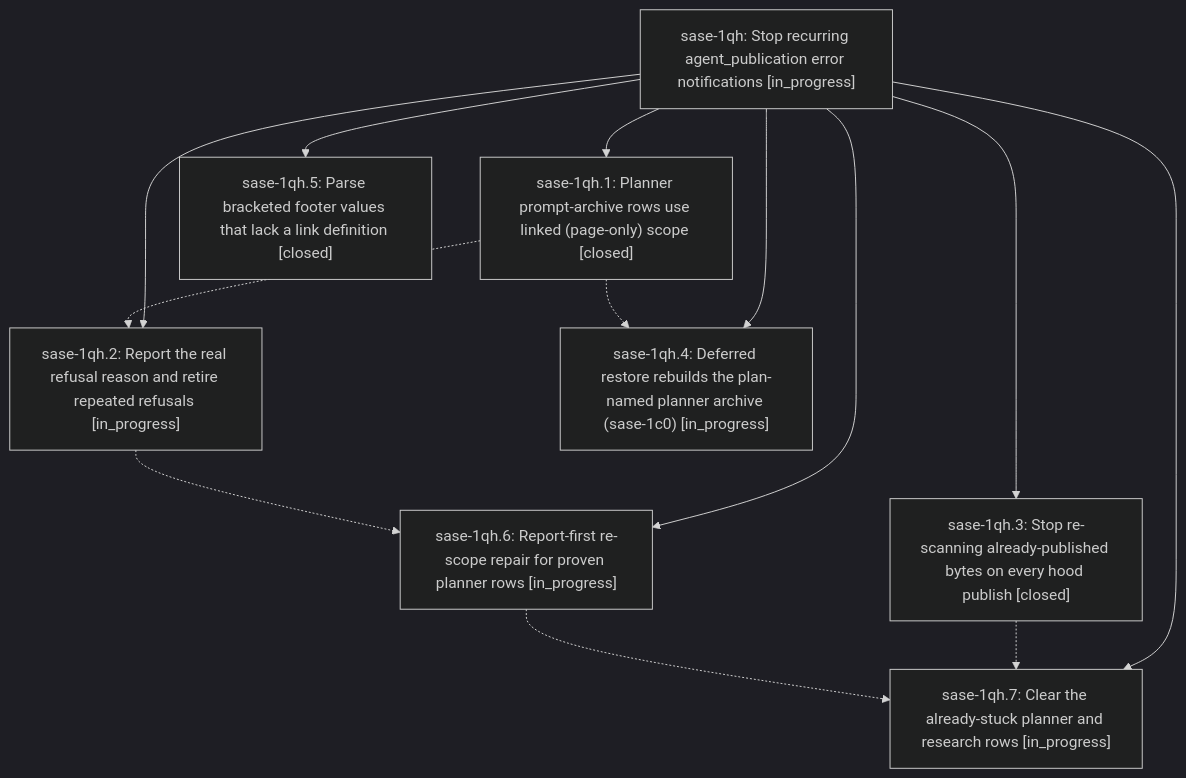
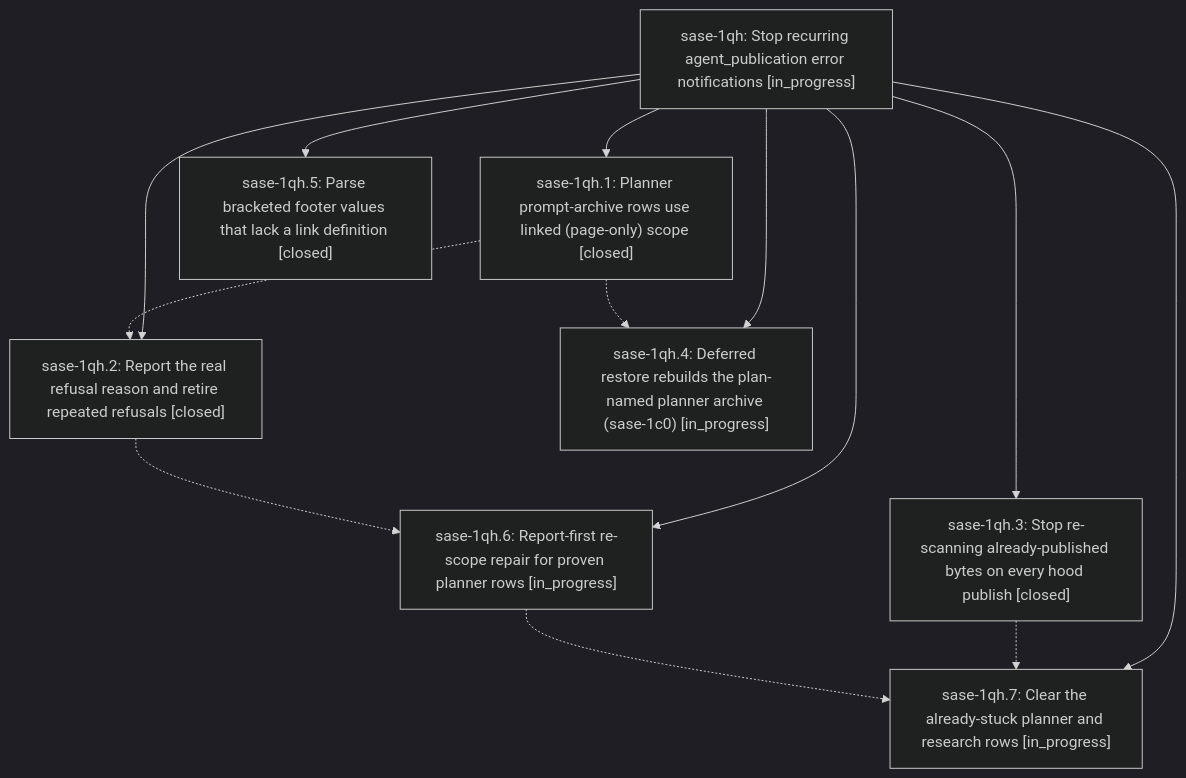
One commit to sase-org/sase--beads changed the diagram in pages/sase-1qh/README.md. Above: the diagram before and after it, drawn with Mermaid (dark theme). The commit also changed other lines of this file and 4 other files, not shown here.

````diff
--- a/pages/sase-1qh/README.md
+++ b/pages/sase-1qh/README.md
@@ -42,23 +42,23 @@
 ```mermaid
 flowchart TD
     n0["sase-1qh: Stop recurring agent_publication error notifications [in_progress]"]
     n1["sase-1qh.1: Planner prompt-archive rows use linked (page-only) scope [closed]"]
-    n2["sase-1qh.2: Report the real refusal reason and retire repeated refusals [in_progress]"]
+    n2["sase-1qh.2: Report the real refusal reason and retire repeated refusals [closed]"]
     n3["sase-1qh.3: Stop re-scanning already-published bytes on every hood publish [closed]"]
     n4["sase-1qh.4: Deferred restore rebuilds the plan-named planner archive (sase-1c0) [in_progress]"]
     n5["sase-1qh.5: Parse bracketed footer values that lack a link definition [closed]"]
     n6["sase-1qh.6: Report-first re-scope repair for proven planner rows [in_progress]"]
     n7["sase-1qh.7: Clear the already-stuck planner and research rows [in_progress]"]
     n0 --> n1
     n0 --> n2
     n0 --> n3
     n0 --> n4
     n0 --> n5
     n0 --> n6
     n0 --> n7
     n1 -.-> n2
     n1 -.-> n4
     n2 -.-> n6
     n3 -.-> n7
     n6 -.-> n7
 ```
````
